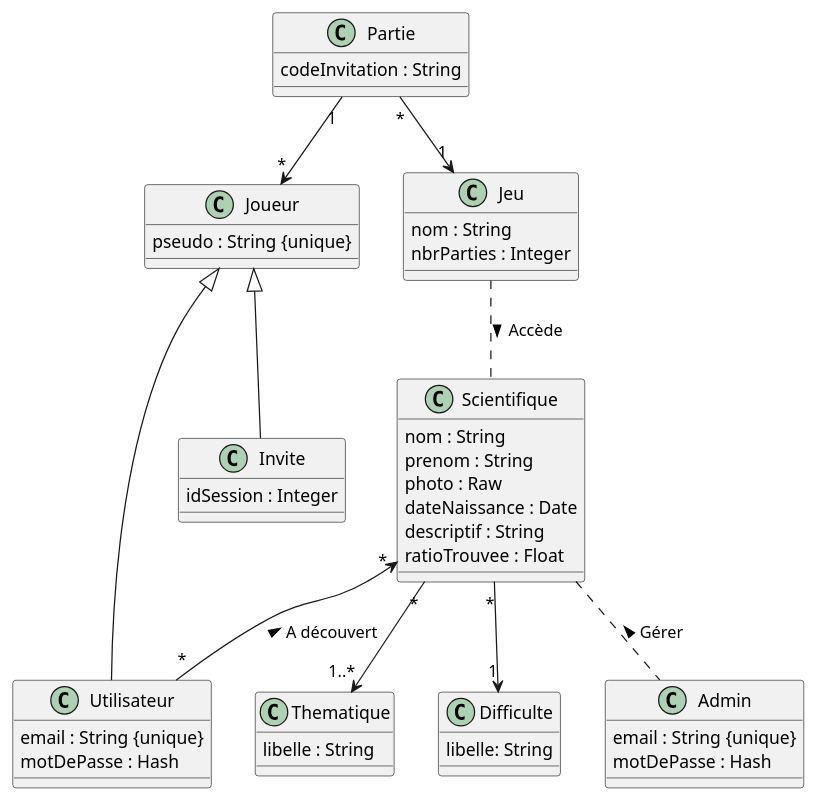
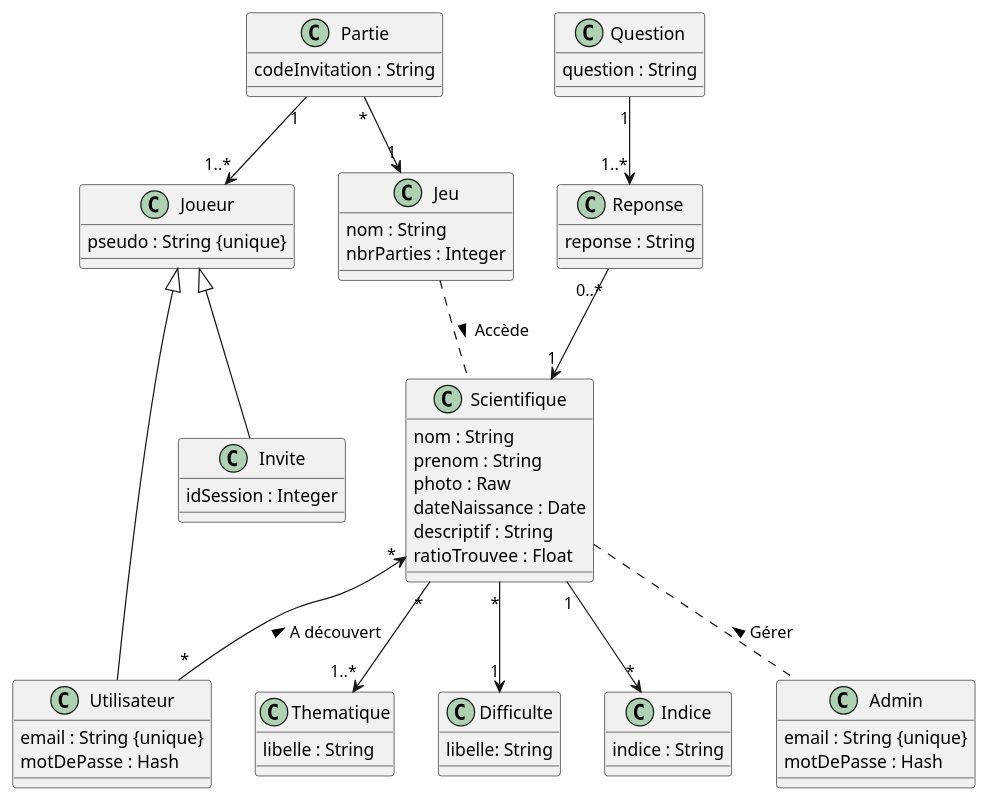
One commit to JdAlix/ScienceQuest changed the diagram in project/Docs/classe/classDiagram.md. Above: the diagram before and after it, drawn with PlantUML.

Commit message:
ADD : indices, questions/réponses

````diff
--- a/project/Docs/classe/classDiagram.md
+++ b/project/Docs/classe/classDiagram.md
@@ -1,68 +1,81 @@
 ```plantuml 
 
 @startuml "BDD"
 
 class Scientifique{
     nom : String
     prenom : String
     photo : Raw
     dateNaissance : Date
     descriptif : String
     ratioTrouvee : Float
 }
 
 class Thematique{
     libelle : String
 }
 
 class "Difficulte"{
     libelle: String
 }
 
+class Indice{
+    indice : String
+}
+
 Scientifique "*" --> "1..*" Thematique
 Scientifique "*" --> "1" "Difficulte"
 Scientifique "*" <-- "*"Utilisateur : A découvert <
 Scientifique .. Admin : Gérer <
+Scientifique "1" --> "*" Indice
 
+
+class Question{
+    question : String
+}
+
+class Reponse{
+    reponse : String
+}
+
+Question "1" --> "1..*" Reponse
+Reponse "0..*" --> "1" Scientifique
 
 class Joueur{
     pseudo : String {unique}
 }
 
 class Utilisateur{
     email : String {unique}
     motDePasse : Hash
 }
 
 class Invite{
     idSession : Integer
 }
 
 Joueur <|-- Utilisateur
 Joueur <|-- Invite
 
 class Admin{
     email : String {unique}
     motDePasse : Hash
 }
 
-
-
-
 class Jeu{
     nom : String
     nbrParties : Integer
 }
 
 Jeu .. Scientifique  : Accède >
 
 class Partie{
     codeInvitation : String
 }
 
 Partie "*" --> "1" Jeu
 
-Partie "1" --> "*" Joueur
+Partie "1" --> "1..*" Joueur
 
 @enduml
 ```
````
